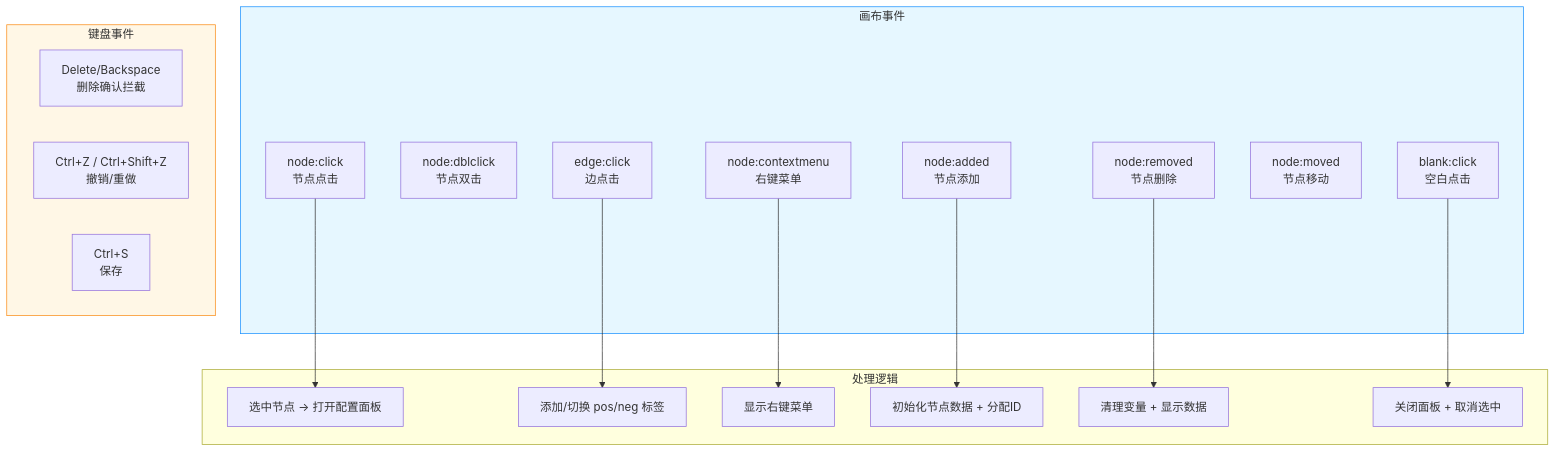
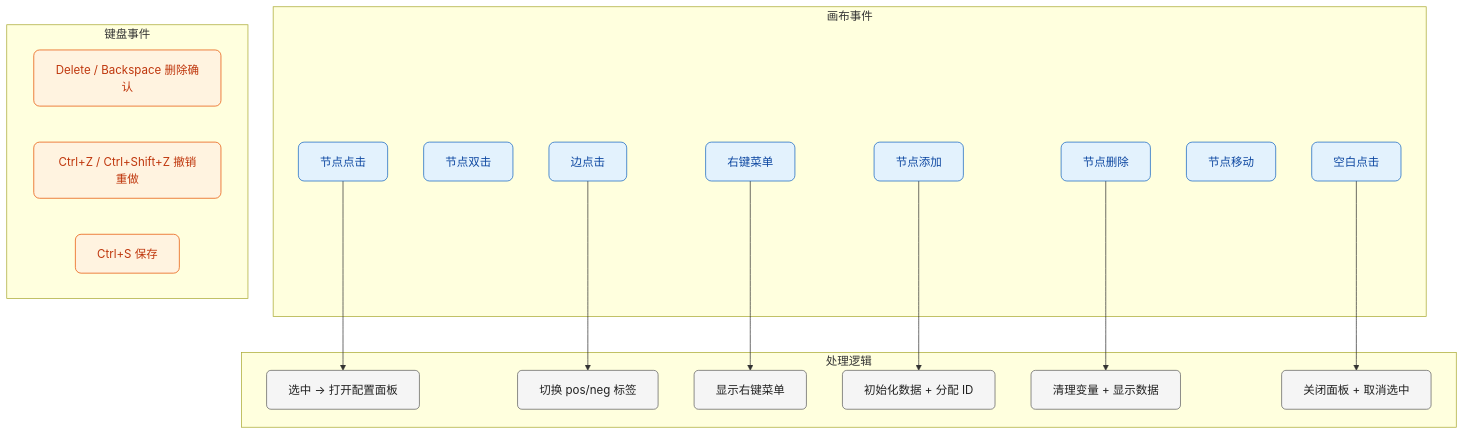
The ninth of 11 diagrams in docs/exp/javascript/107.md (zhaoky/site), drawn with Mermaid before and after one commit. The commit also changed other lines of this file, not shown here.

Commit message:
feat: 更新文档，重构架构图并增强层级分离描述

````diff
--- a/docs/exp/javascript/107.md
+++ b/docs/exp/javascript/107.md
@@ -441,31 +525,36 @@
 ```mermaid
 graph TD
-    subgraph 画布事件
-        NC["node:click<br/>节点点击"]
-        NDB["node:dblclick<br/>节点双击"]
-        EC["edge:click<br/>边点击"]
-        CM["node:contextmenu<br/>右键菜单"]
-        NA["node:added<br/>节点添加"]
-        NR["node:removed<br/>节点删除"]
-        NM["node:moved<br/>节点移动"]
-        BK["blank:click<br/>空白点击"]
+    classDef canvas fill:#E3F2FD,stroke:#1565C0,rx:8,color:#0D47A1
+    classDef handler fill:#F5F5F5,stroke:#616161,rx:6,color:#212121
+    classDef kbd fill:#FFF3E0,stroke:#E65100,rx:8,color:#BF360C
+
+    subgraph CANVAS["画布事件"]
+        NC["节点点击"]
+        NDB["节点双击"]
+        EC["边点击"]
+        CM["右键菜单"]
+        NA["节点添加"]
+        NR["节点删除"]
+        NM["节点移动"]
+        BK["空白点击"]
     end
 
-    subgraph 处理逻辑
-        NC --> Select["选中节点 → 打开配置面板"]
-        EC --> Label["添加/切换 pos/neg 标签"]
+    subgraph HANDLER["处理逻辑"]
+        NC --> Select["选中 → 打开配置面板"]
+        EC --> Label["切换 pos/neg 标签"]
         CM --> Menu["显示右键菜单"]
-        NA --> Init["初始化节点数据 + 分配ID"]
+        NA --> Init["初始化数据 + 分配 ID"]
         NR --> Clean["清理变量 + 显示数据"]
         BK --> Reset["关闭面板 + 取消选中"]
     end
 
-    subgraph 键盘事件
-        DEL["Delete/Backspace<br/>删除确认拦截"]
-        CTRLZ["Ctrl+Z / Ctrl+Shift+Z<br/>撤销/重做"]
-        CTRLS["Ctrl+S<br/>保存"]
+    subgraph KBD["键盘事件"]
+        DEL["Delete / Backspace 删除确认"]
+        CTRLZ["Ctrl+Z / Ctrl+Shift+Z 撤销重做"]
+        CTRLS["Ctrl+S 保存"]
     end
 
-    style 画布事件 fill:#e6f7ff,stroke:#1890ff
-    style 键盘事件 fill:#fff7e6,stroke:#fa8c16
+    class NC,NDB,EC,CM,NA,NR,NM,BK canvas
+    class Select,Label,Menu,Init,Clean,Reset handler
+    class DEL,CTRLZ,CTRLS kbd
 ```
````
